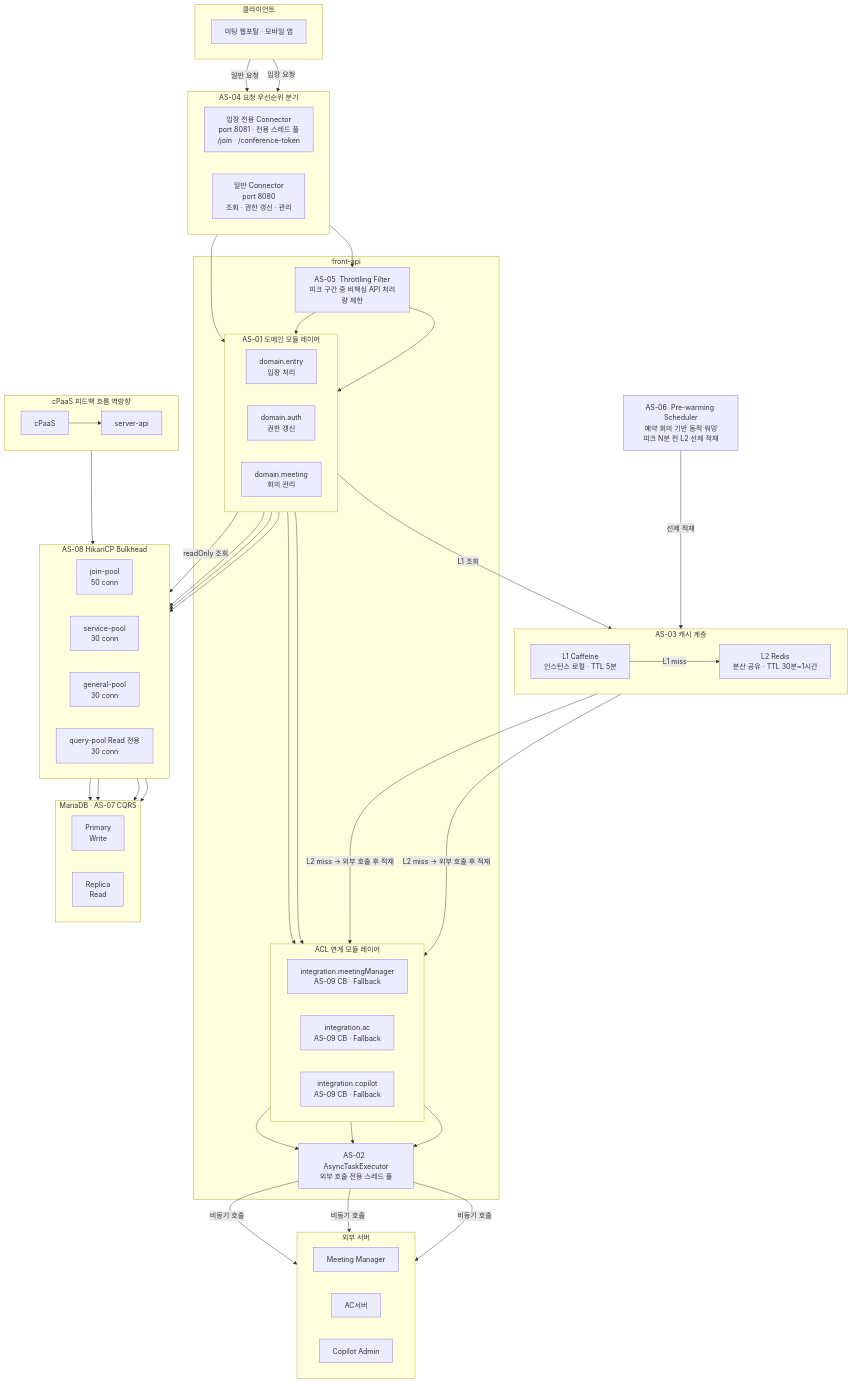
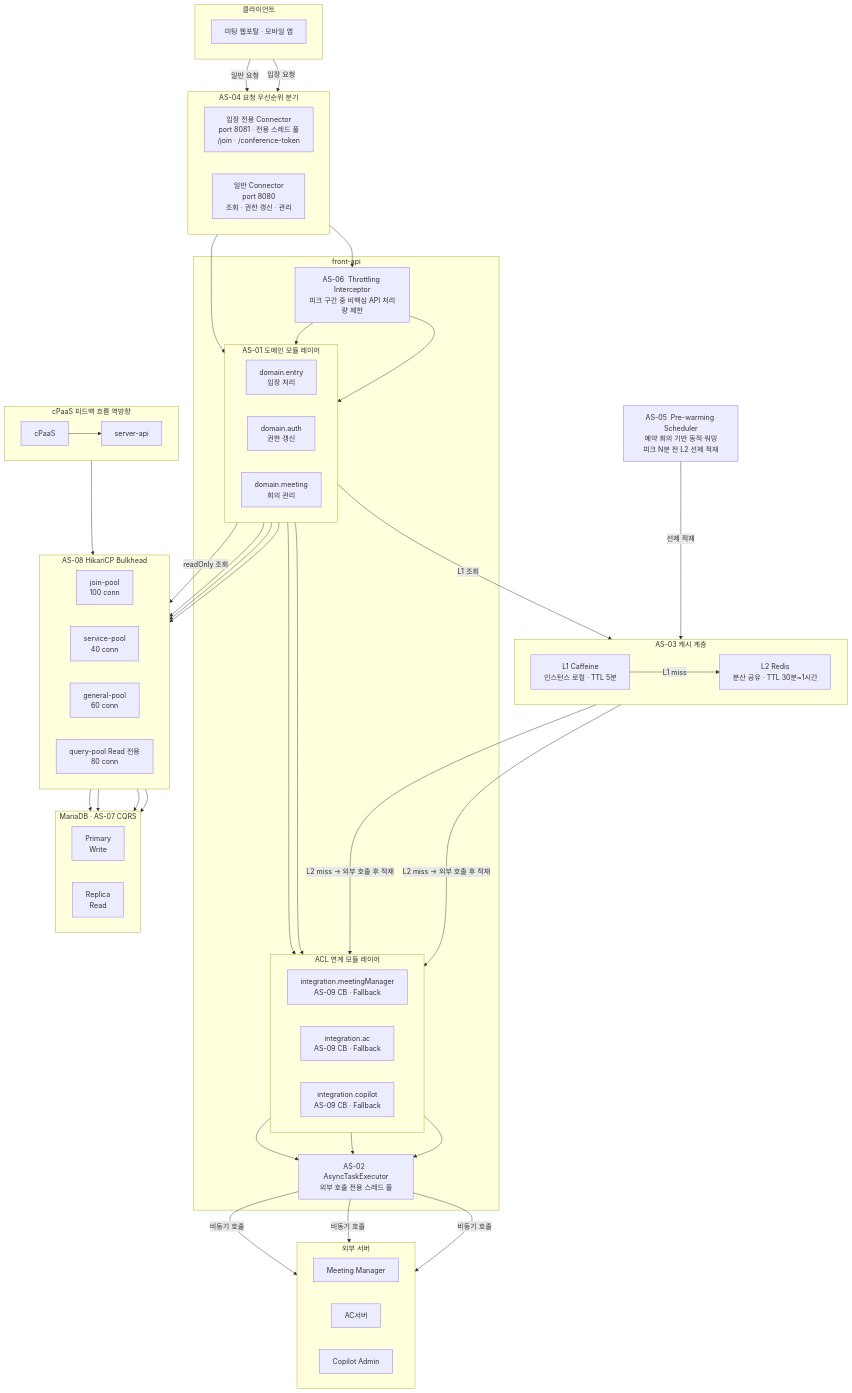
One commit to sujinnkim/A_Personal changed the diagram in docs/05-architecture-design/4.1-conceptual/4.1.1-concept-diagram.md. Above: the diagram before and after it, drawn with Mermaid. The commit also changed other lines of this file and 181 other files, not shown here.

```diff
--- a/docs/05-architecture-design/4.1-conceptual/4.1.1-concept-diagram.md
+++ b/docs/05-architecture-design/4.1-conceptual/4.1.1-concept-diagram.md
@@ -21,7 +21,7 @@
     end
 
     subgraph FRONTAPI["front-api"]
-        THROT["AS-05  Throttling Filter\n피크 구간 중 비핵심 API 처리량 제한"]
+        THROT["AS-06  Throttling Interceptor\n피크 구간 중 비핵심 API 처리량 제한"]
 
         subgraph DOMAIN["AS-01  도메인 모듈 레이어"]
             direction LR
@@ -46,14 +46,14 @@
         L2["L2 Redis\n분산 공유 · TTL 30분~1시간"]
     end
 
-    PREWARM["AS-06  Pre-warming Scheduler\n예약 회의 기반 동적 워밍\n피크 N분 전 L2 선제 적재"]
+    PREWARM["AS-05  Pre-warming Scheduler\n예약 회의 기반 동적 워밍\n피크 N분 전 L2 선제 적재"]
 
     subgraph BULKHEAD["AS-08  HikariCP Bulkhead"]
         direction LR
-        JP["join-pool\n50 conn"]
-        SP["service-pool\n30 conn"]
-        GP["general-pool\n30 conn"]
-        QP["query-pool  Read 전용\n30 conn"]
+        JP["join-pool\n100 conn"]
+        SP["service-pool\n40 conn"]
+        GP["general-pool\n60 conn"]
+        QP["query-pool  Read 전용\n80 conn"]
     end
 
     subgraph DB_LAYER["MariaDB  ·  AS-07  CQRS"]
```
